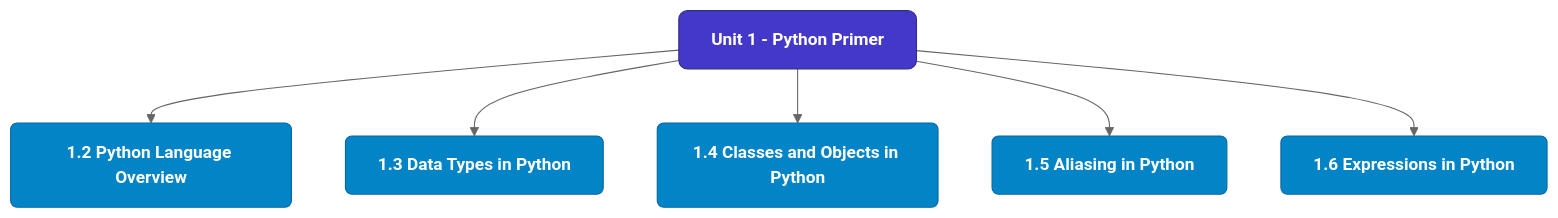
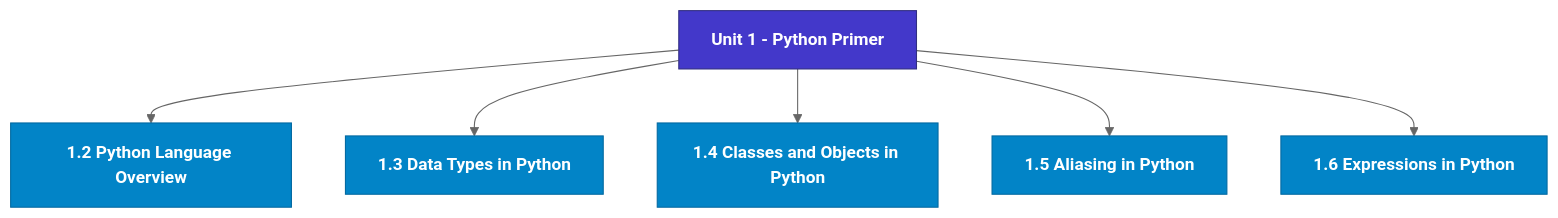
One commit to Asutosh-Coaching/mscdsa changed the diagram in notes/Semester_1/MCS-063_Data_Structures_using_Python/unit_01_Python_Primer.md. Above: the diagram before and after it, drawn with Mermaid (neutral theme). The commit also changed other lines of this file and 115 other files, not shown here.

Commit message:
Fix Mermaid classDef syntax and isolate KaTeX display math blocks for GFM

````diff
--- a/notes/Semester_1/MCS-063_Data_Structures_using_Python/unit_01_Python_Primer.md
+++ b/notes/Semester_1/MCS-063_Data_Structures_using_Python/unit_01_Python_Primer.md
@@ -19,19 +19,19 @@
 ```mermaid
 flowchart TD
   %% Styling Definitions
-  classDef head fill:#4338ca,stroke:#312e81,color:#ffffff,font-weight:bold,rx:8px,ry:8px;
-  classDef topic fill:#0284c7,stroke:#0369a1,color:#ffffff,font-weight:600,rx:6px,ry:6px;
-  classDef sub fill:#1e293b,stroke:#475569,color:#f8fafc,rx:4px,ry:4px;
+  classDef head fill:#4338ca,stroke:#312e81,color:#ffffff,font-weight:bold;
+  classDef topic fill:#0284c7,stroke:#0369a1,color:#ffffff,font-weight:600;
+  classDef sub fill:#1e293b,stroke:#475569,color:#f8fafc;
 
   Root["Unit 1 - Python Primer"]:::head
   M1["1.2 Python Language Overview"]:::topic
   Root --> M1
   M2["1.3 Data Types in Python"]:::topic
   Root --> M2
   M3["1.4 Classes and Objects in Python"]:::topic
   Root --> M3
   M4["1.5 Aliasing in Python"]:::topic
   Root --> M4
   M5["1.6 Expressions in Python"]:::topic
   Root --> M5
 ```
````
